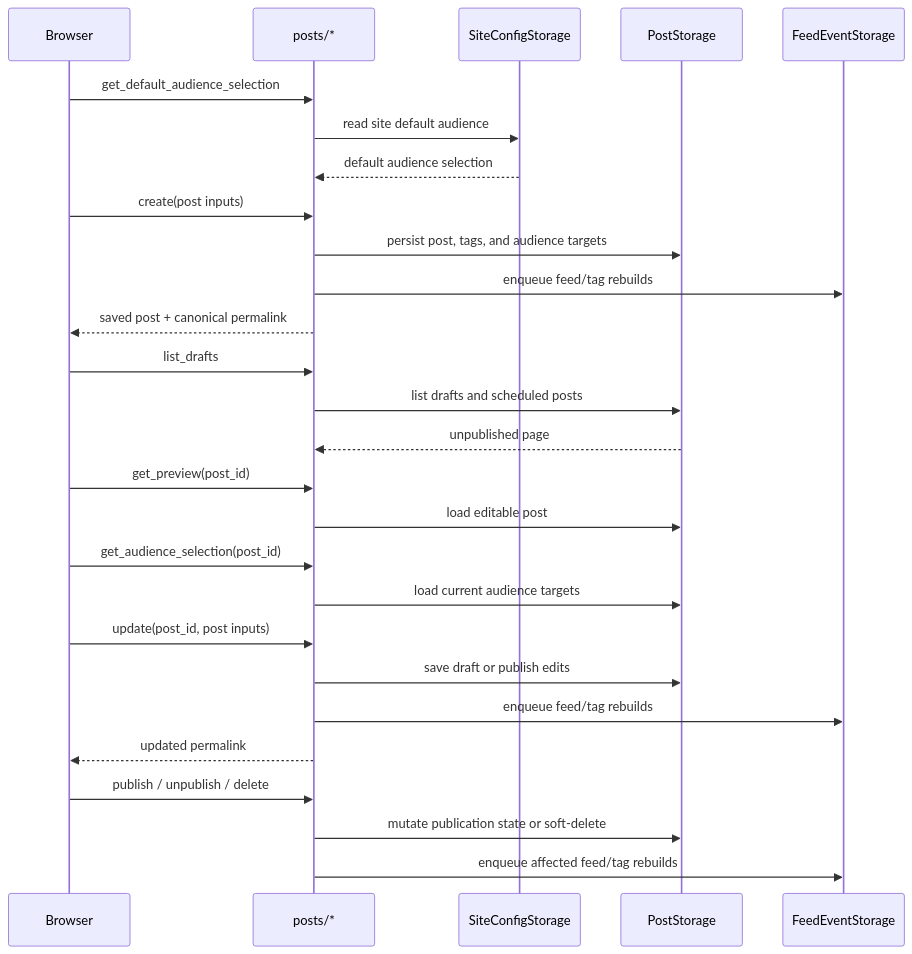
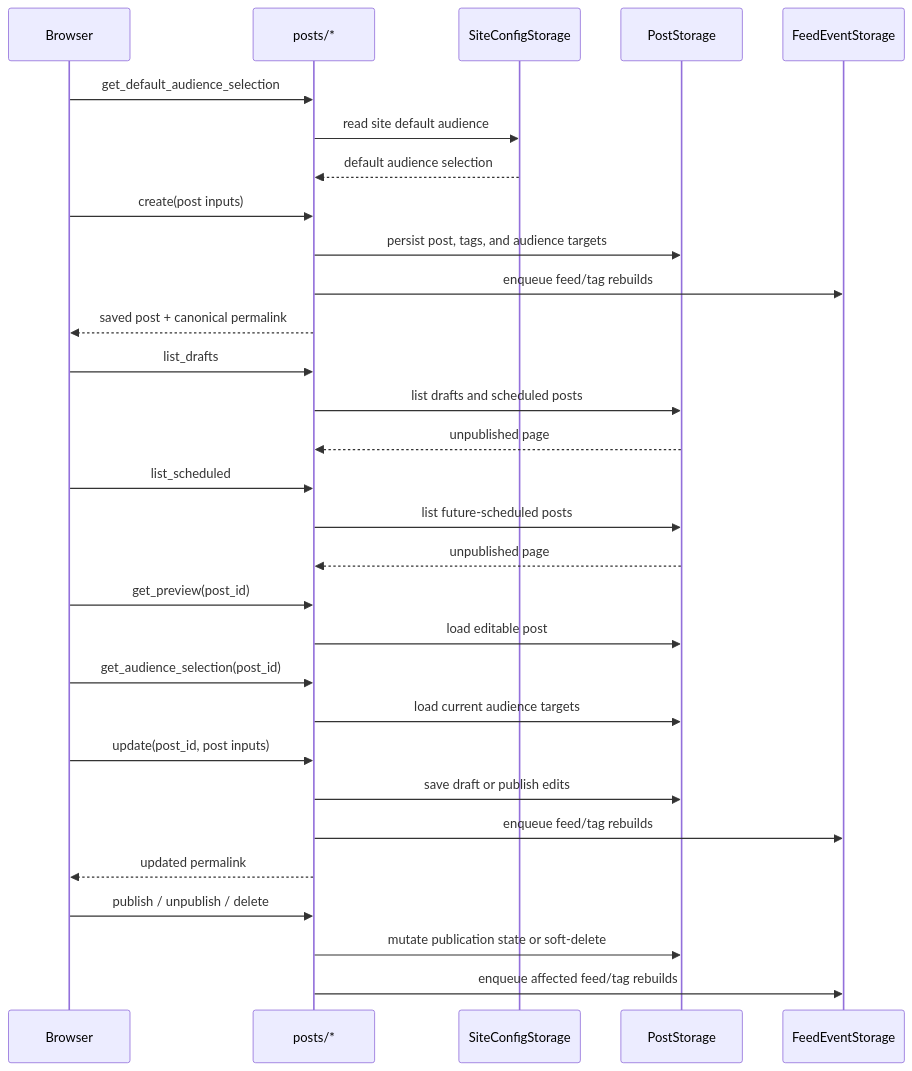
Before and after one commit to jaunder-org/jaunder: the diagram in docs/flows/post-authoring-lifecycle.md, drawn with Mermaid. The commit also changed other lines of this file and 18 other files, not shown here.

````diff
--- a/docs/flows/post-authoring-lifecycle.md
+++ b/docs/flows/post-authoring-lifecycle.md
@@ -46,35 +52,39 @@
 ```mermaid
 sequenceDiagram
     participant Browser
     participant Posts as posts/*
     participant Site as SiteConfigStorage
     participant Store as PostStorage
     participant Feed as FeedEventStorage
 
     Browser->>Posts: get_default_audience_selection
     Posts->>Site: read site default audience
     Site-->>Posts: default audience selection
 
     Browser->>Posts: create(post inputs)
     Posts->>Store: persist post, tags, and audience targets
     Posts->>Feed: enqueue feed/tag rebuilds
     Posts-->>Browser: saved post + canonical permalink
 
     Browser->>Posts: list_drafts
     Posts->>Store: list drafts and scheduled posts
     Store-->>Posts: unpublished page
 
+    Browser->>Posts: list_scheduled
+    Posts->>Store: list future-scheduled posts
+    Store-->>Posts: unpublished page
+
     Browser->>Posts: get_preview(post_id)
     Posts->>Store: load editable post
     Browser->>Posts: get_audience_selection(post_id)
     Posts->>Store: load current audience targets
 
     Browser->>Posts: update(post_id, post inputs)
     Posts->>Store: save draft or publish edits
     Posts->>Feed: enqueue feed/tag rebuilds
     Posts-->>Browser: updated permalink
 
     Browser->>Posts: publish / unpublish / delete
     Posts->>Store: mutate publication state or soft-delete
     Posts->>Feed: enqueue affected feed/tag rebuilds
 ```
````
